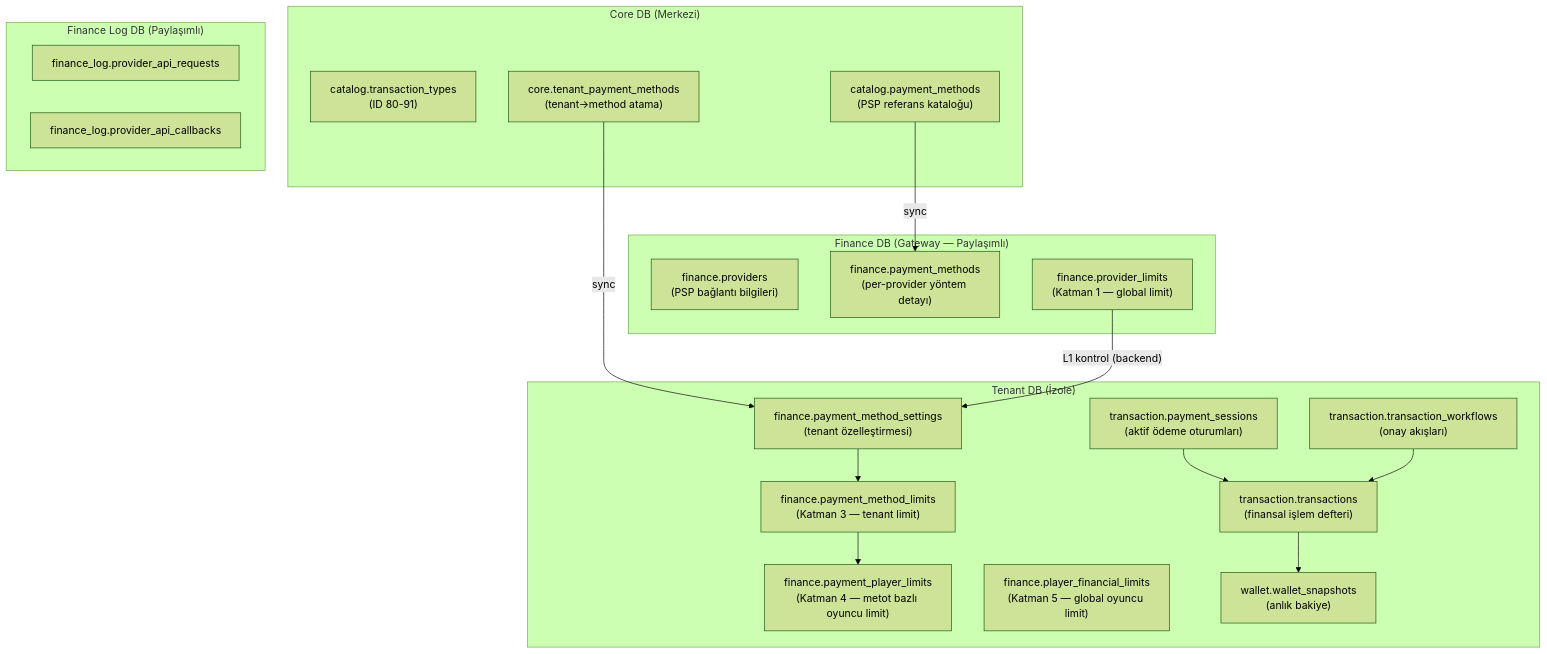
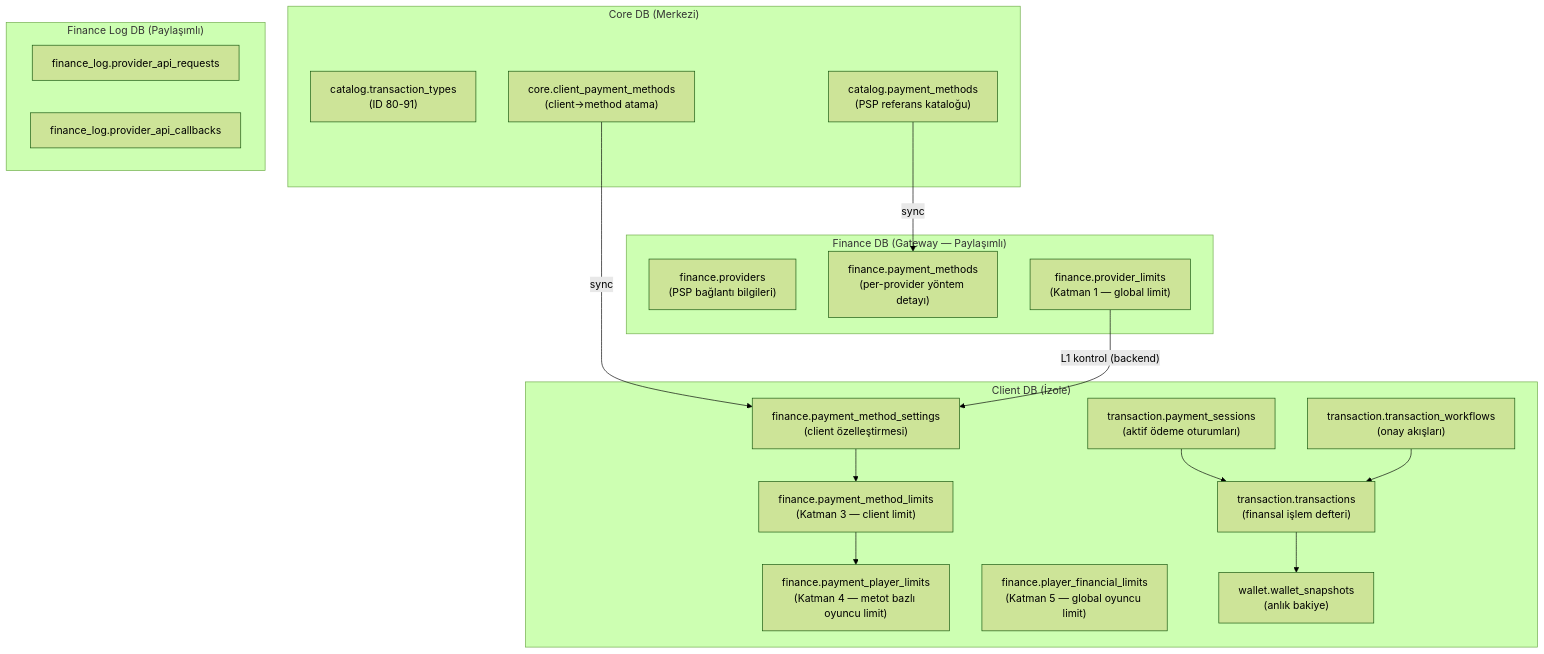
One commit to frhtshn/One.DB changed the first of 9 diagrams in .docs/guides/FINANCE_GATEWAY_GUIDE.md. Above: the diagram before and after it, drawn with Mermaid (forest theme). The commit also changed other lines of this file and 442 other files, not shown here.

First line of the commit message:
Nucleo → Sortis One ve tenant → client içerik güncellemeleri

````diff
--- a/.docs/guides/FINANCE_GATEWAY_GUIDE.md
+++ b/.docs/guides/FINANCE_GATEWAY_GUIDE.md
@@ -35,39 +35,39 @@
 ```mermaid
 flowchart TD
     subgraph CORE["Core DB (Merkezi)"]
         CT["catalog.transaction_types<br/>(ID 80-91)"]
         CPM["catalog.payment_methods<br/>(PSP referans kataloğu)"]
-        TPM["core.tenant_payment_methods<br/>(tenant→method atama)"]
+        TPM["core.client_payment_methods<br/>(client→method atama)"]
     end
 
     subgraph FINANCE["Finance DB (Gateway — Paylaşımlı)"]
         FPR["finance.providers<br/>(PSP bağlantı bilgileri)"]
         FPM["finance.payment_methods<br/>(per-provider yöntem detayı)"]
         FPL["finance.provider_limits<br/>(Katman 1 — global limit)"]
     end
 
-    subgraph TENANT["Tenant DB (İzole)"]
-        PMS["finance.payment_method_settings<br/>(tenant özelleştirmesi)"]
-        PML["finance.payment_method_limits<br/>(Katman 3 — tenant limit)"]
+    subgraph CLIENT["Client DB (İzole)"]
+        PMS["finance.payment_method_settings<br/>(client özelleştirmesi)"]
+        PML["finance.payment_method_limits<br/>(Katman 3 — client limit)"]
         PPL["finance.payment_player_limits<br/>(Katman 4 — metot bazlı oyuncu limit)"]
         PFL["finance.player_financial_limits<br/>(Katman 5 — global oyuncu limit)"]
         PS["transaction.payment_sessions<br/>(aktif ödeme oturumları)"]
         TX["transaction.transactions<br/>(finansal işlem defteri)"]
         WF["transaction.transaction_workflows<br/>(onay akışları)"]
         WS["wallet.wallet_snapshots<br/>(anlık bakiye)"]
     end
 
     subgraph FLOG["Finance Log DB (Paylaşımlı)"]
         REQ["finance_log.provider_api_requests"]
         CB["finance_log.provider_api_callbacks"]
     end
 
     CPM -->|"sync"| FPM
     TPM -->|"sync"| PMS
     FPL -->|"L1 kontrol (backend)"| PMS
     PMS --> PML
     PML --> PPL
     PS --> TX
     TX --> WS
     WF --> TX
 ```
````
